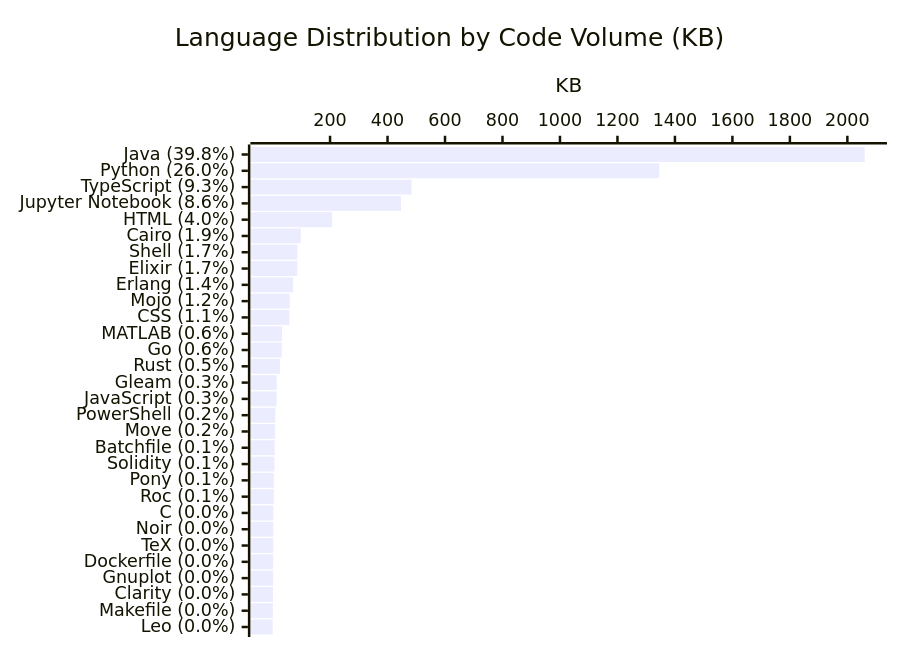
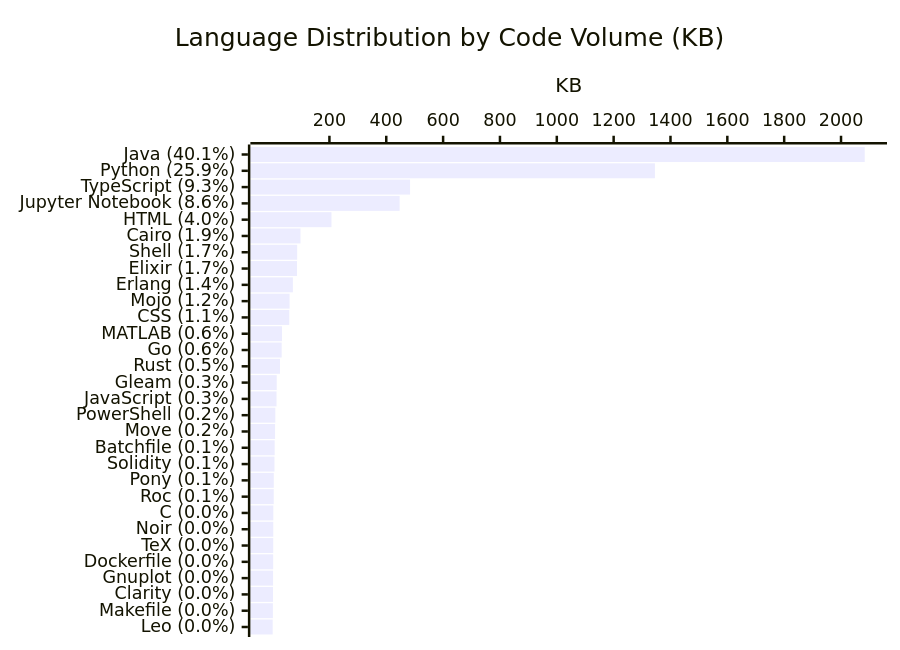
Before and after one commit to KathiraveluLab/.github: the diagram in profile/README.md, drawn with Mermaid. The commit also changed other lines of this file and 1 other file, not shown here.

````diff
--- a/profile/README.md
+++ b/profile/README.md
@@ -64,7 +64,7 @@
 ```mermaid
 xychart-beta horizontal
     title "Language Distribution by Code Volume (KB)"
-    x-axis ["Java (39.8%)", "Python (26.0%)", "TypeScript (9.3%)", "Jupyter Notebook (8.6%)", "HTML (4.0%)", "Cairo (1.9%)", "Shell (1.7%)", "Elixir (1.7%)", "Erlang (1.4%)", "Mojo (1.2%)", "CSS (1.1%)", "MATLAB (0.6%)", "Go (0.6%)", "Rust (0.5%)", "Gleam (0.3%)", "JavaScript (0.3%)", "PowerShell (0.2%)", "Move (0.2%)", "Batchfile (0.1%)", "Solidity (0.1%)", "Pony (0.1%)", "Roc (0.1%)", "C (0.0%)", "Noir (0.0%)", "TeX (0.0%)", "Dockerfile (0.0%)", "Gnuplot (0.0%)", "Clarity (0.0%)", "Makefile (0.0%)", "Leo (0.0%)"]
+    x-axis ["Java (40.1%)", "Python (25.9%)", "TypeScript (9.3%)", "Jupyter Notebook (8.6%)", "HTML (4.0%)", "Cairo (1.9%)", "Shell (1.7%)", "Elixir (1.7%)", "Erlang (1.4%)", "Mojo (1.2%)", "CSS (1.1%)", "MATLAB (0.6%)", "Go (0.6%)", "Rust (0.5%)", "Gleam (0.3%)", "JavaScript (0.3%)", "PowerShell (0.2%)", "Move (0.2%)", "Batchfile (0.1%)", "Solidity (0.1%)", "Pony (0.1%)", "Roc (0.1%)", "C (0.0%)", "Noir (0.0%)", "TeX (0.0%)", "Dockerfile (0.0%)", "Gnuplot (0.0%)", "Clarity (0.0%)", "Makefile (0.0%)", "Leo (0.0%)"]
     y-axis "KB"
-    bar [2060.41, 1345.16, 483.75, 446.9, 207.27, 98.21, 86.54, 85.96, 71.37, 59.84, 58.73, 33.04, 32.03, 26.08, 14.6, 13.89, 9.6, 8.83, 7.42, 6.65, 4.14, 4.09, 2.58, 2.46, 2.29, 2.01, 1.82, 1.53, 0.99, 0.27]
+    bar [2083.4, 1345.16, 483.75, 446.9, 207.27, 98.21, 86.54, 85.96, 71.37, 59.84, 58.73, 33.04, 32.03, 26.08, 14.6, 13.89, 9.6, 8.83, 7.42, 6.65, 4.14, 4.09, 2.58, 2.46, 2.29, 2.01, 1.82, 1.53, 0.99, 0.27]
 ```
````
